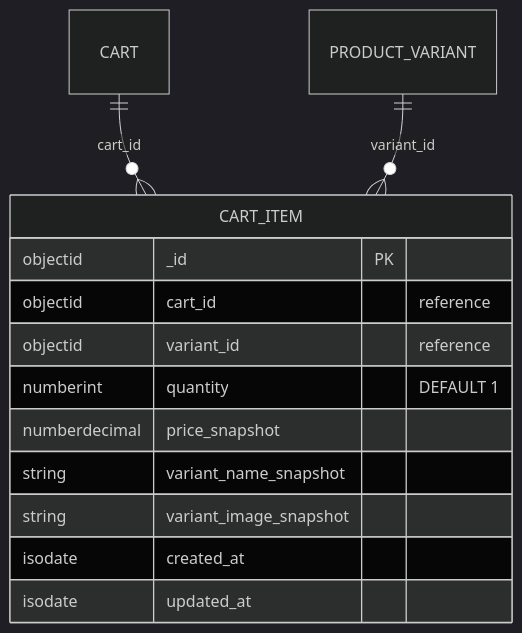
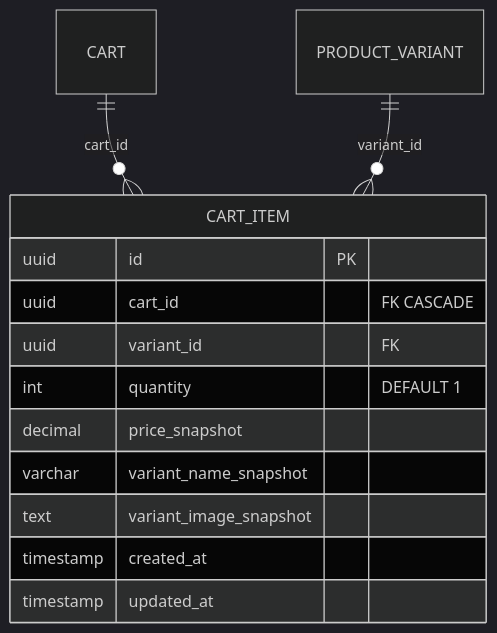
One commit to ldqanh1408/stealing-from-paradise changed the diagram in documents/data-models/product-service/entity-cart-item.md. Above: the diagram before and after it, drawn with Mermaid (dark theme). The commit also changed other lines of this file and 128 other files, not shown here.

````diff
--- a/documents/data-models/product-service/entity-cart-item.md
+++ b/documents/data-models/product-service/entity-cart-item.md
@@ -12,17 +12,17 @@
 ```mermaid
 erDiagram
     CART ||--o{ CART_ITEM : "cart_id"
     PRODUCT_VARIANT ||--o{ CART_ITEM : "variant_id"
 
     CART_ITEM {
-        objectid _id PK
-        objectid cart_id "reference"
-        objectid variant_id "reference"
-        numberint quantity "DEFAULT 1"
-        numberdecimal price_snapshot
-        string variant_name_snapshot
-        string variant_image_snapshot
-        isodate created_at
-        isodate updated_at
+        uuid id PK
+        uuid cart_id "FK CASCADE"
+        uuid variant_id "FK"
+        int quantity "DEFAULT 1"
+        decimal price_snapshot
+        varchar variant_name_snapshot
+        text variant_image_snapshot
+        timestamp created_at
+        timestamp updated_at
     }
 ```
````
